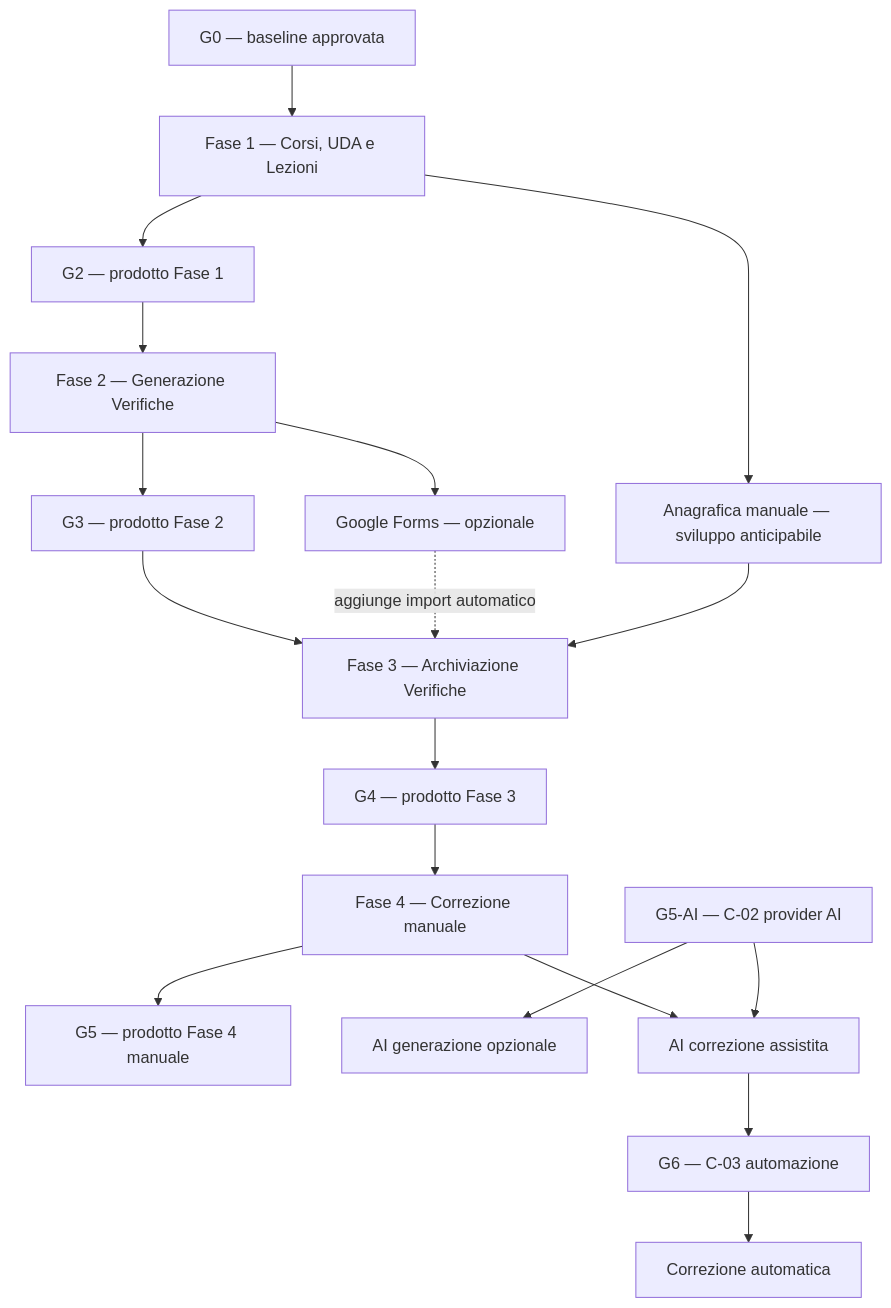
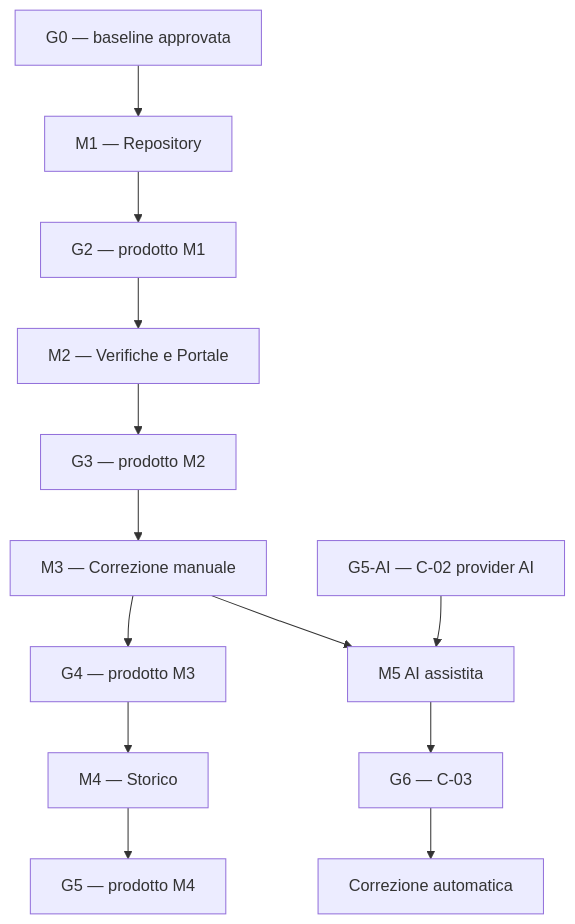
Before and after one commit to EnricoPaparo/SchoolForge: the diagram in documentazione/piano-implementazione.md, drawn with Mermaid. The commit also changed other lines of this file and 4 other files, not shown here.

First line of the commit message:
docs: redesign architetturale completo v2.0 — Firebase-only, Portale Verifiche, email bruciata

````diff
--- a/documentazione/piano-implementazione.md
+++ b/documentazione/piano-implementazione.md
@@ -106,22 +103,16 @@
 ```mermaid
 flowchart TD
-    G0["G0 — baseline approvata"] --> P1["Fase 1 — Corsi, UDA e Lezioni"]
-    P1 --> G2["G2 — prodotto Fase 1"]
-    G2 --> P2["Fase 2 — Generazione Verifiche"]
-    P2 --> G3["G3 — prodotto Fase 2"]
-    G3 --> P3["Fase 3 — Archiviazione Verifiche"]
-    P3 --> G4["G4 — prodotto Fase 3"]
-    G4 --> P4["Fase 4 — Correzione manuale"]
-    P4 --> G5["G5 — prodotto Fase 4 manuale"]
+    G0["G0 — baseline approvata"] --> M1["M1 — Repository"]
+    M1 --> G2["G2 — prodotto M1"]
+    G2 --> M2["M2 — Verifiche e Portale"]
+    M2 --> G3["G3 — prodotto M2"]
+    G3 --> M3["M3 — Correzione manuale"]
+    M3 --> G4["G4 — prodotto M3"]
+    G4 --> M4["M4 — Storico"]
+    M4 --> G5["G5 — prodotto M4"]
 
-    P1 --> R["Anagrafica manuale — sviluppo anticipabile"]
-    R --> P3
-    P2 --> GF["Google Forms — opzionale"]
-    GF -. "aggiunge import automatico" .-> P3
-
-    G5AI["G5-AI — C-02 provider AI"] --> AIQ["AI generazione opzionale"]
-    G5AI --> AIC["AI correzione assistita"]
-    P4 --> AIC
-    AIC --> G6["G6 — C-03 automazione"]
+    G5AI["G5-AI — C-02 provider AI"] --> AIC["M5 AI assistita"]
+    M3 --> AIC
+    AIC --> G6["G6 — C-03"]
     G6 --> AIA["Correzione automatica"]
 ```
````
